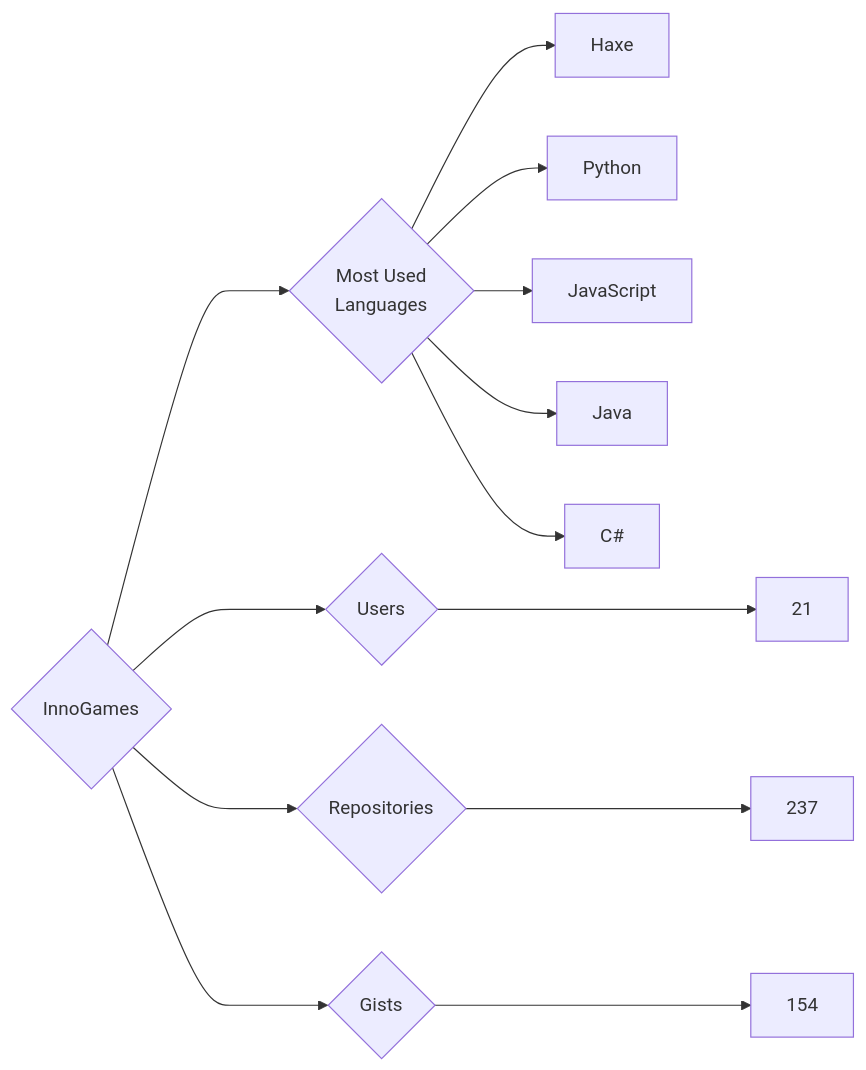
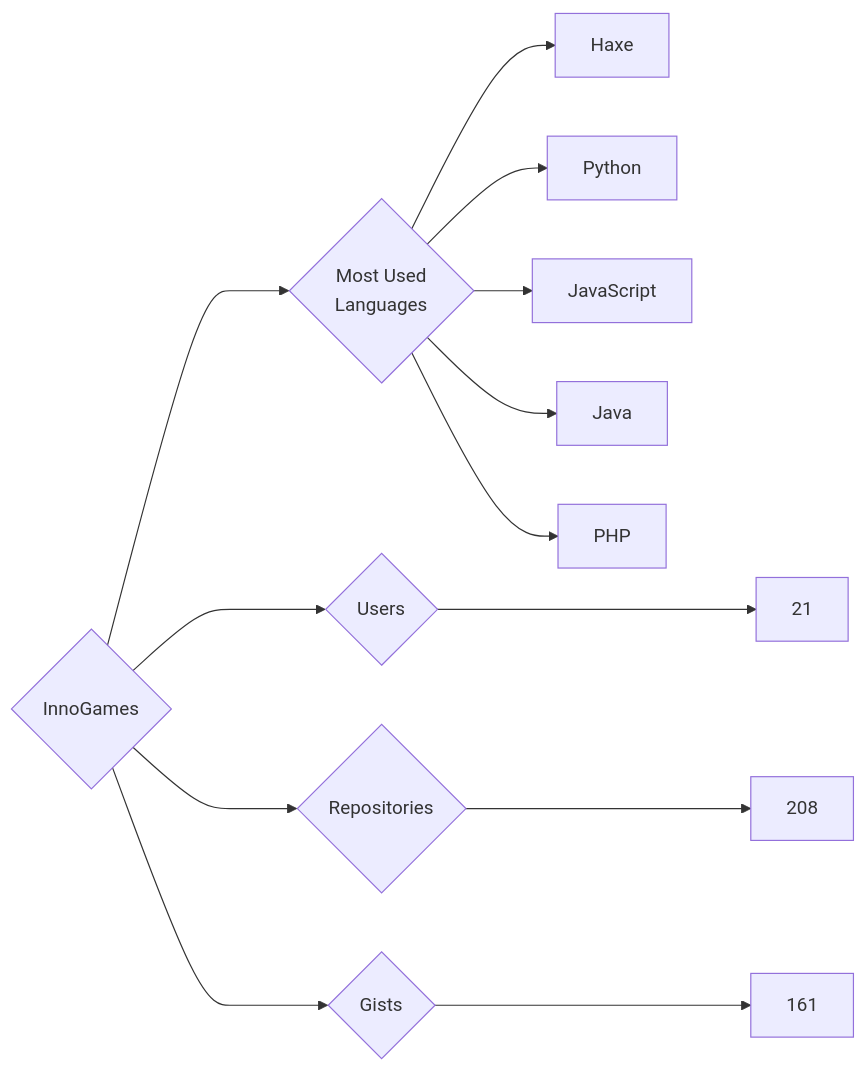
Before and after one commit to trickest/insiders: the diagram in targets/InnoGames/README.md, drawn with Mermaid. The commit also changed 847 other files, not shown here.

````diff
--- a/targets/InnoGames/README.md
+++ b/targets/InnoGames/README.md
@@ -3,13 +3,13 @@
 ```mermaid
 graph LR
 COMPANY_NAME{InnoGames}
 COMPANY_NAME ---> U{Users} ---> UN[21]
-COMPANY_NAME ---> R{Repositories} ---> RN[237]
-COMPANY_NAME ---> G{Gists} ---> GN[154]
+COMPANY_NAME ---> R{Repositories} ---> RN[208]
+COMPANY_NAME ---> G{Gists} ---> GN[161]
 COMPANY_NAME ---> ML{Most Used<br>Languages}
 ML --> Haxe[Haxe]
 ML --> Python[Python]
 ML --> JavaScript[JavaScript]
 ML --> Java[Java]
-ML --> C#[C#]
+ML --> PHP[PHP]
 ```
````
